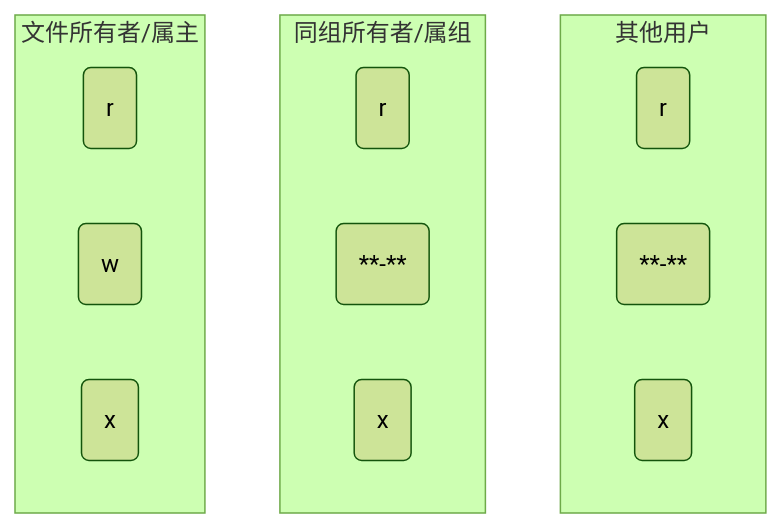
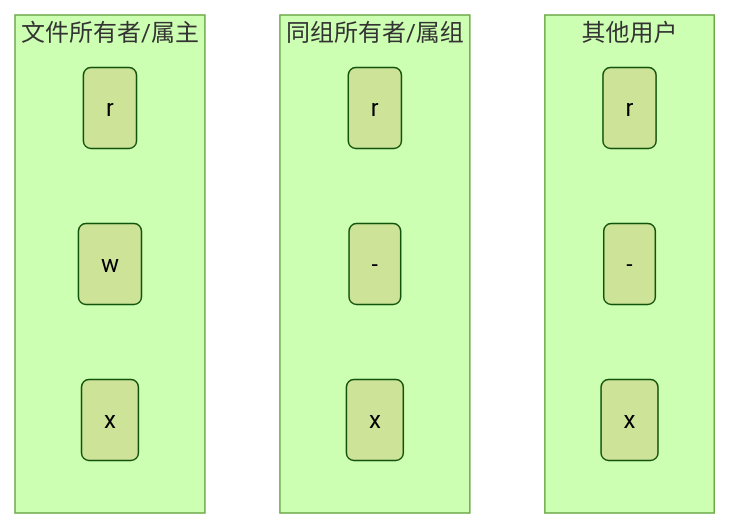
Before and after one commit to dmjcb/dmjcb.github.io: the third of 4 diagrams in _posts/OS/Linux/文件/2021-10-16-文件概念.md, drawn with Mermaid (forest theme). The commit also changed 37 other files, not shown here.

Commit message:
增加动态库博客中说明图片

````diff
--- a/_posts/OS/Linux/文件/2021-10-16-文件概念.md
+++ b/_posts/OS/Linux/文件/2021-10-16-文件概念.md
@@ -165,20 +165,20 @@
 ```mermaid
 graph TB;
     subgraph Y[其他用户];
         c0(r)
-        c1(**-**)
+        c1("-")
         c2(x)
     end
 
     subgraph Z[同组所有者/属组]
         a0(r)
-        a1(**-**)
+        a1("-")
         a2(x)
     end
 
     subgraph X[文件所有者/属主]
         b0(r)
         b1(w)
         b2(x)
     end
 ```
````
